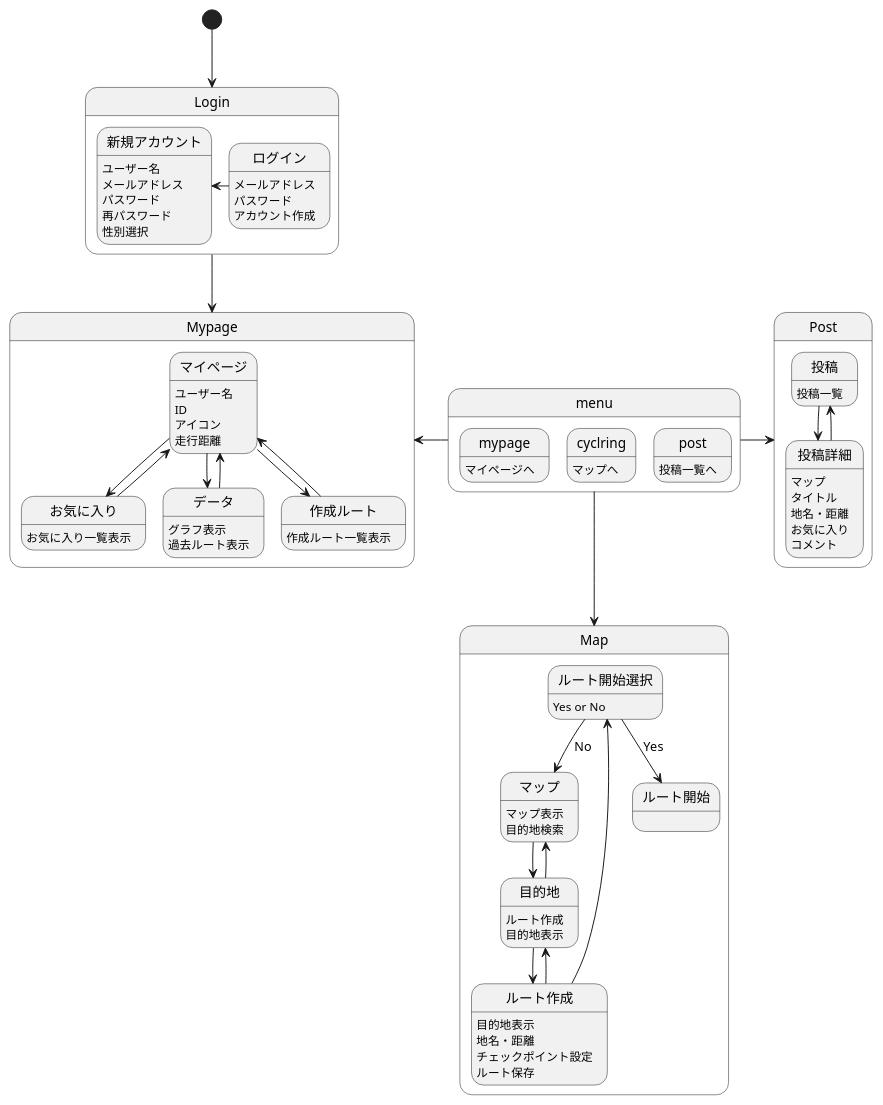
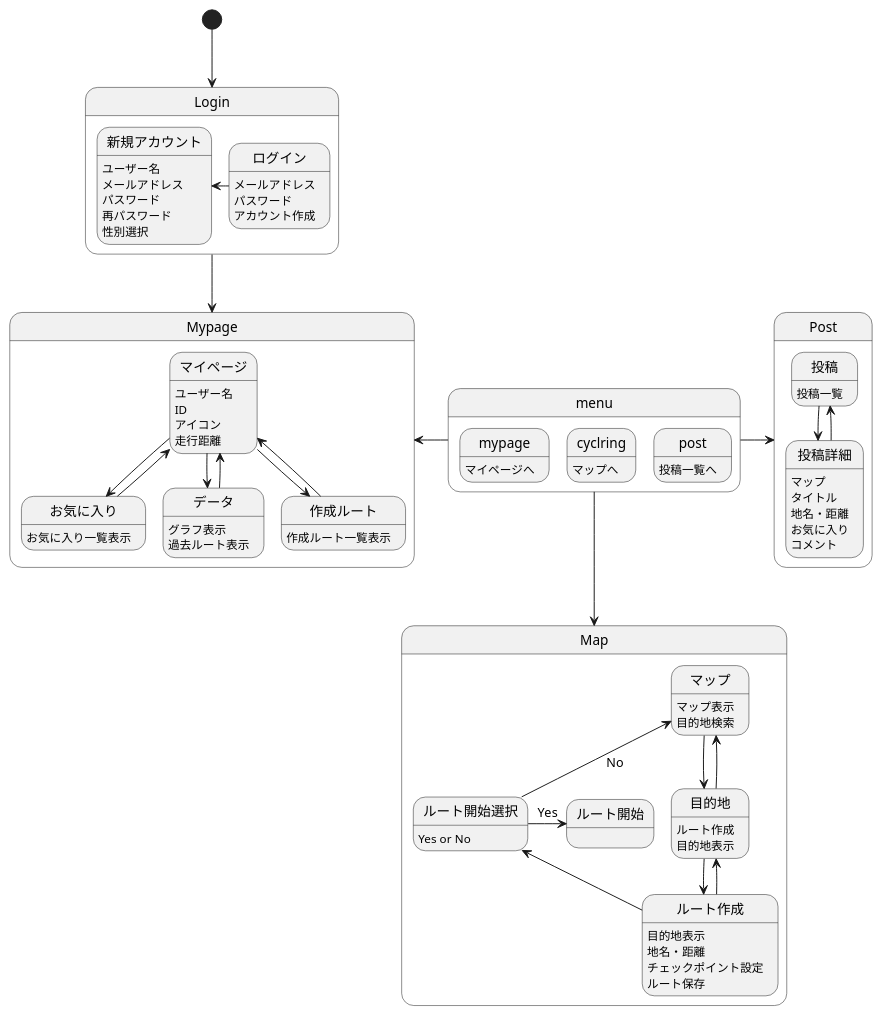
Before and after one commit to AsoSD3A3/CyclingSystem: the diagram in 画面遷移図/gm.md, drawn with PlantUML.

```diff
--- a/画面遷移図/gm.md
+++ b/画面遷移図/gm.md
@@ -62,8 +62,8 @@
 ルート作成:ルート保存
 ルート作成-left->ルート開始選択
 ルート開始選択:Yes or No
-ルート開始選択-->ルート開始 :Yes
-ルート開始選択-->マップ :No
+ルート開始選択-right->ルート開始 :Yes
+ルート開始選択-up->マップ :No
 }
 
 state Post{
```
